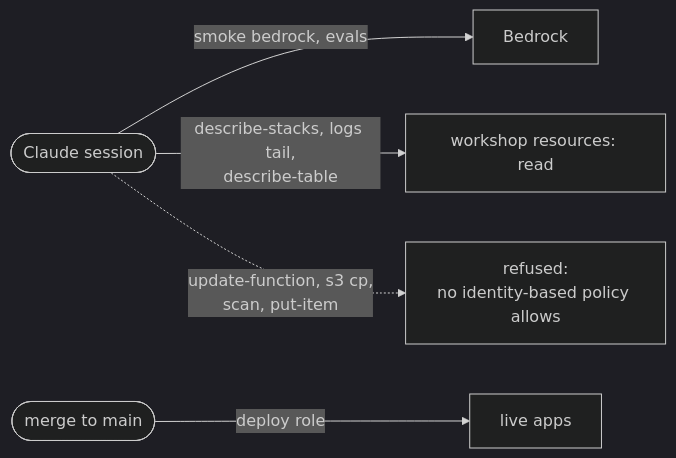
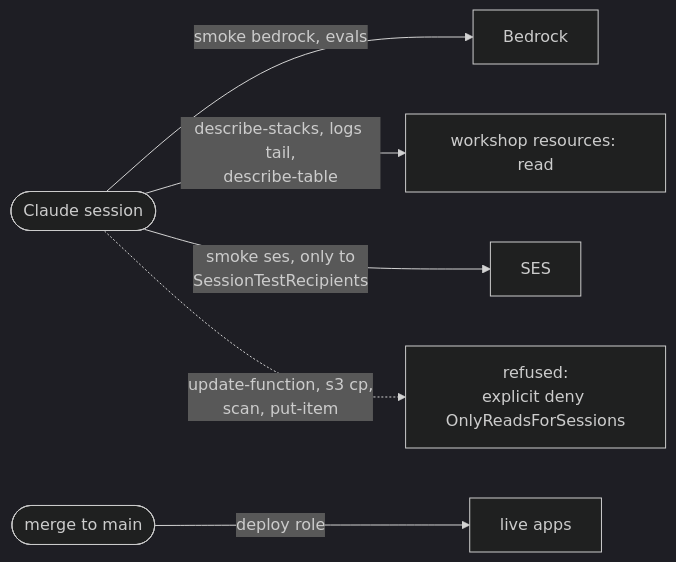
Before and after one commit to kifbv/ssd-workshop: the fifth of 5 diagrams in infra/README.md, drawn with Mermaid (dark theme). The commit also changed other lines of this file and 5 other files, not shown here.

First line of the commit message:
Ticket 2.12 try 3: catch-all read-only deny and the access-review fixes for sessions

````diff
--- a/infra/README.md
+++ b/infra/README.md
@@ -787,7 +787,8 @@
 ```mermaid
 flowchart LR
   S([Claude session]) -->|smoke bedrock, evals| B[Bedrock]
   S -->|describe-stacks, logs tail,<br/>describe-table| R[workshop resources: read]
-  S -.->|update-function, s3 cp,<br/>scan, put-item| X[refused:<br/>no identity-based policy allows]
+  S -->|smoke ses, only to<br/>SessionTestRecipients| E[SES]
+  S -.->|update-function, s3 cp,<br/>scan, put-item| X[refused:<br/>explicit deny OnlyReadsForSessions]
   M([merge to main]) -->|deploy role| L[live apps]
 ```
````
